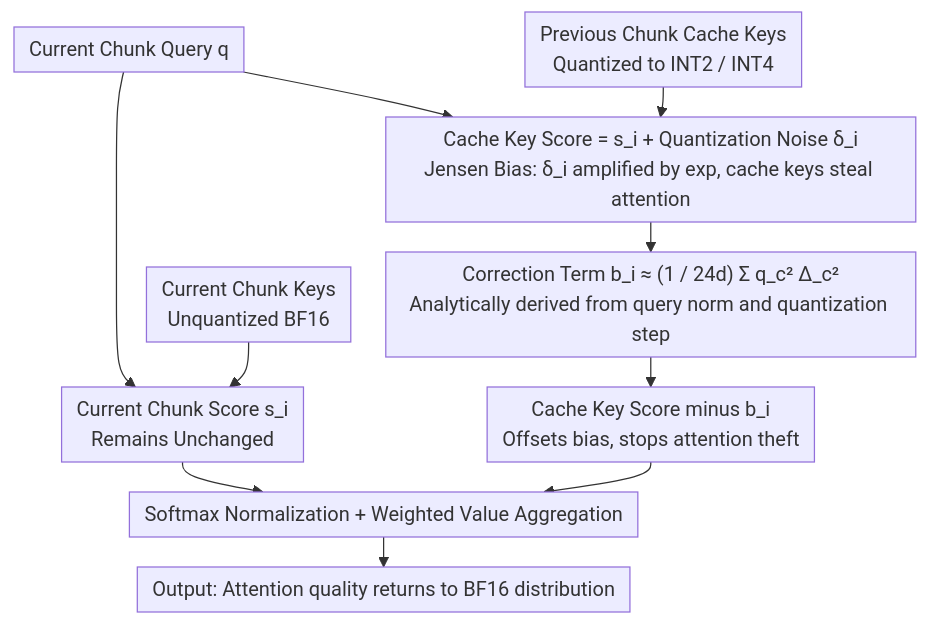
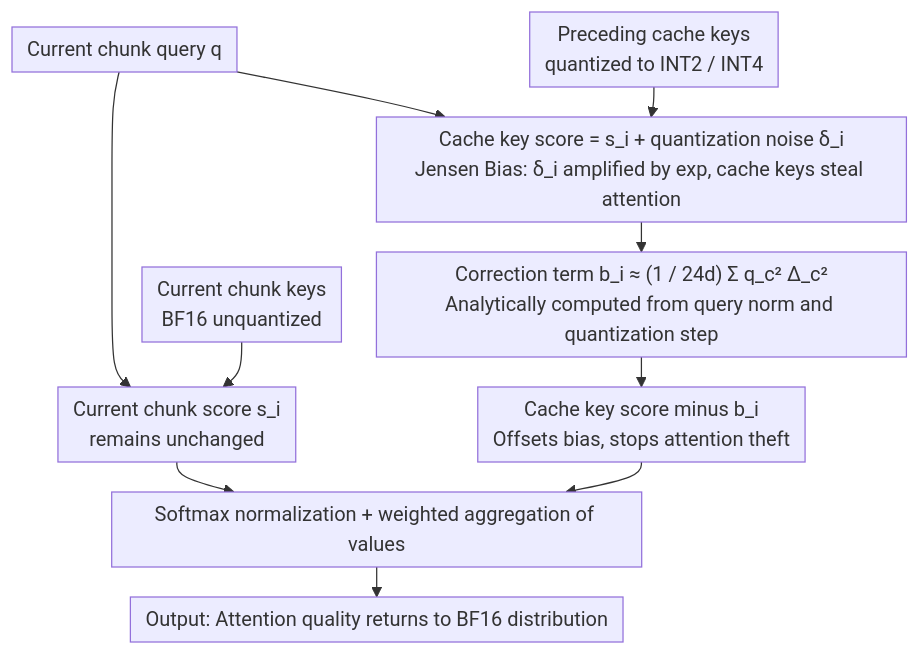
The diagram in docs/ICML2026/video_generation/quantized_keys_steal_attention_bias_correction_for_kv-cache_compression_in_video.md (zhaoyang97/Paper-Notes-en), drawn with Mermaid before and after one commit. The commit also changed other lines of this file and 5084 other files, not shown here.

````diff
--- a/docs/ICML2026/video_generation/quantized_keys_steal_attention_bias_correction_for_kv-cache_compression_in_video.md
+++ b/docs/ICML2026/video_generation/quantized_keys_steal_attention_bias_correction_for_kv-cache_compression_in_video.md
@@ -46,16 +46,16 @@
 ```mermaid
 %%{init: {'flowchart': {'rankSpacing': 24, 'nodeSpacing': 28, 'padding': 6, 'wrappingWidth': 400}}}%%
 flowchart TD
-    Q["Current Chunk Query q"]
-    KR["Current Chunk Keys<br/>Unquantized BF16"]
-    KS["Previous Chunk Cache Keys<br/>Quantized to INT2 / INT4"]
-    Q --> SR["Current Chunk Score s_i<br/>Remains Unchanged"]
+    Q["Current chunk query q"]
+    KR["Current chunk keys<br/>BF16 unquantized"]
+    KS["Preceding cache keys<br/>quantized to INT2 / INT4"]
+    Q --> SR["Current chunk score s_i<br/>remains unchanged"]
     KR --> SR
-    Q --> SS["Cache Key Score = s_i + Quantization Noise δ_i<br/>Jensen Bias: δ_i amplified by exp, cache keys steal attention"]
+    Q --> SS["Cache key score = s_i + quantization noise δ_i<br/>Jensen Bias: δ_i amplified by exp, cache keys steal attention"]
     KS --> SS
-    SS --> B["Correction Term b_i ≈ (1 / 24d) Σ q_c² Δ_c²<br/>Analytically derived from query norm and quantization step"]
-    B --> CS["Cache Key Score minus b_i<br/>Offsets bias, stops attention theft"]
-    SR --> SM["Softmax Normalization + Weighted Value Aggregation"]
+    SS --> B["Correction term b_i ≈ (1 / 24d) Σ q_c² Δ_c²<br/>Analytically computed from query norm and quantization step"]
+    B --> CS["Cache key score minus b_i<br/>Offsets bias, stops attention theft"]
+    SR --> SM["Softmax normalization + weighted aggregation of values"]
     CS --> SM
     SM --> OUT["Output: Attention quality returns to BF16 distribution"]
 ```
````
